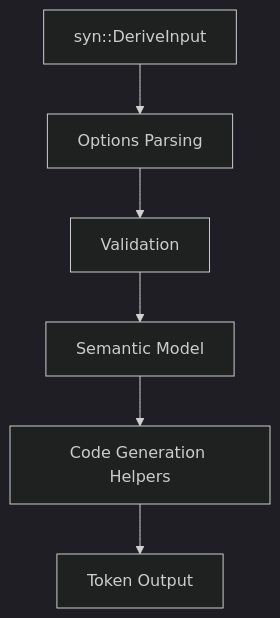
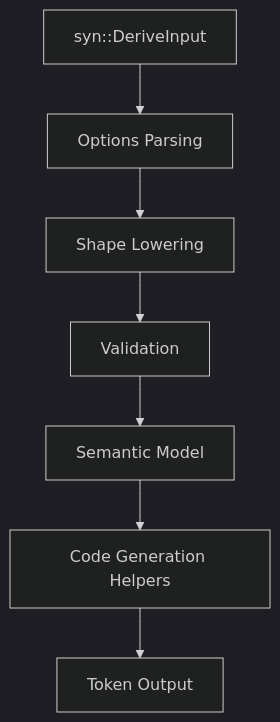
One commit to stayhydated/es-fluent changed the diagram in crates/es-fluent-derive-core/docs/ARCHITECTURE.md. Above: the diagram before and after it, drawn with Mermaid (dark theme). The commit also changed other lines of this file and 38 other files, not shown here.

````diff
--- a/crates/es-fluent-derive-core/docs/ARCHITECTURE.md
+++ b/crates/es-fluent-derive-core/docs/ARCHITECTURE.md
@@ -19,8 +19,9 @@
 ```mermaid
 flowchart TD
     AST[syn::DeriveInput] --> OPTS[Options Parsing]
-    OPTS --> VAL[Validation]
+    OPTS --> LOW[Shape Lowering]
+    LOW --> VAL[Validation]
     VAL --> SEM[Semantic Model]
     SEM --> GEN[Code Generation Helpers]
     GEN --> OUT[Token Output]
 ```
````
